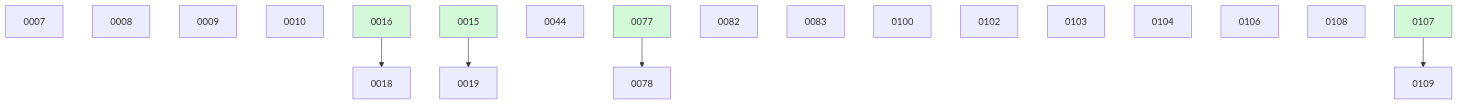
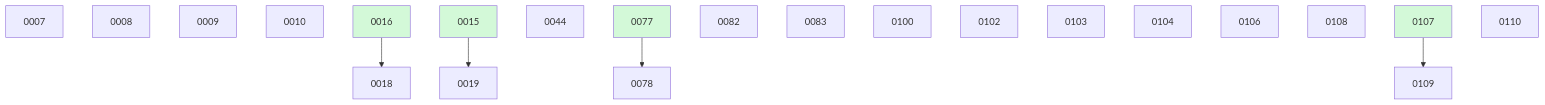
One commit to danielhanold/docket changed the diagram in docs/changes/BOARD.md. Above: the diagram before and after it, drawn with Mermaid. The commit also changed other lines of this file, not shown here.

````diff
--- a/docs/changes/BOARD.md
+++ b/docs/changes/BOARD.md
@@ -42,25 +43,26 @@
 ```mermaid
 graph TD
   0007
   0008
   0009
   0010
   0016 --> 0018
   0015 --> 0019
   0044
   0077 --> 0078
   0082
   0083
   0100
   0102
   0103
   0104
   0106
   0108
   0107 --> 0109
+  0110
   0015:::done
   0016:::done
   0077:::done
   0107:::done
   classDef done fill:#d3f9d8;
 ```
````
